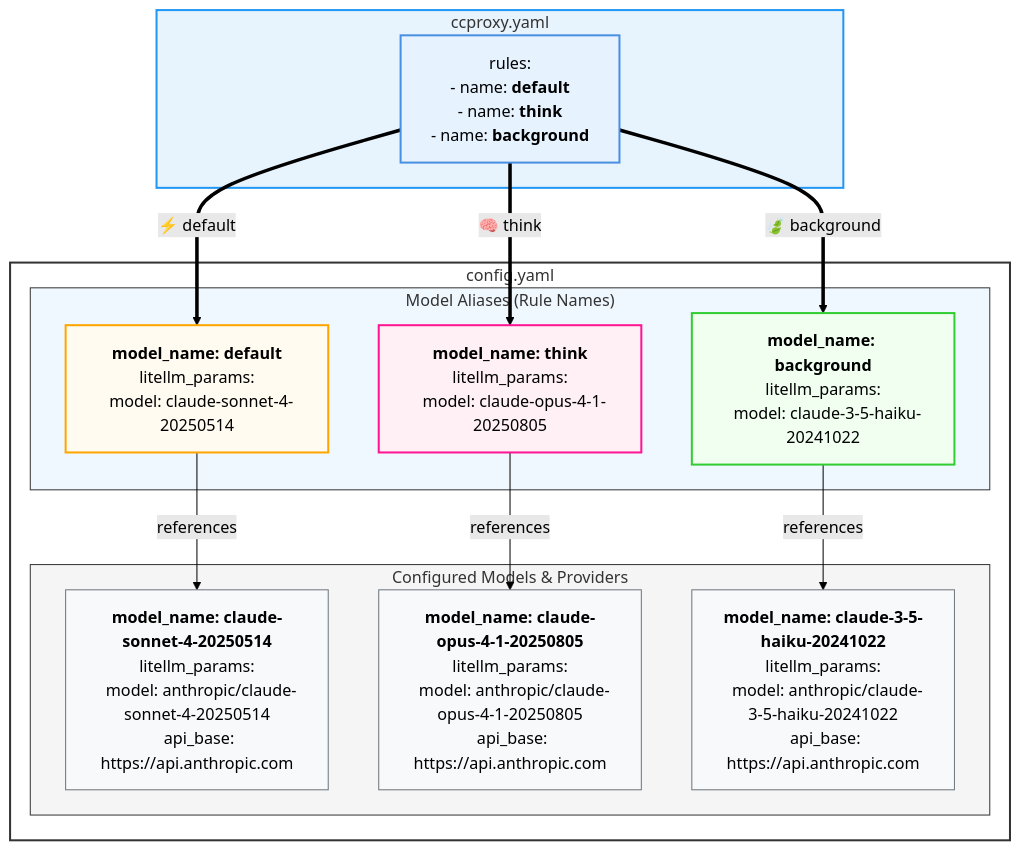
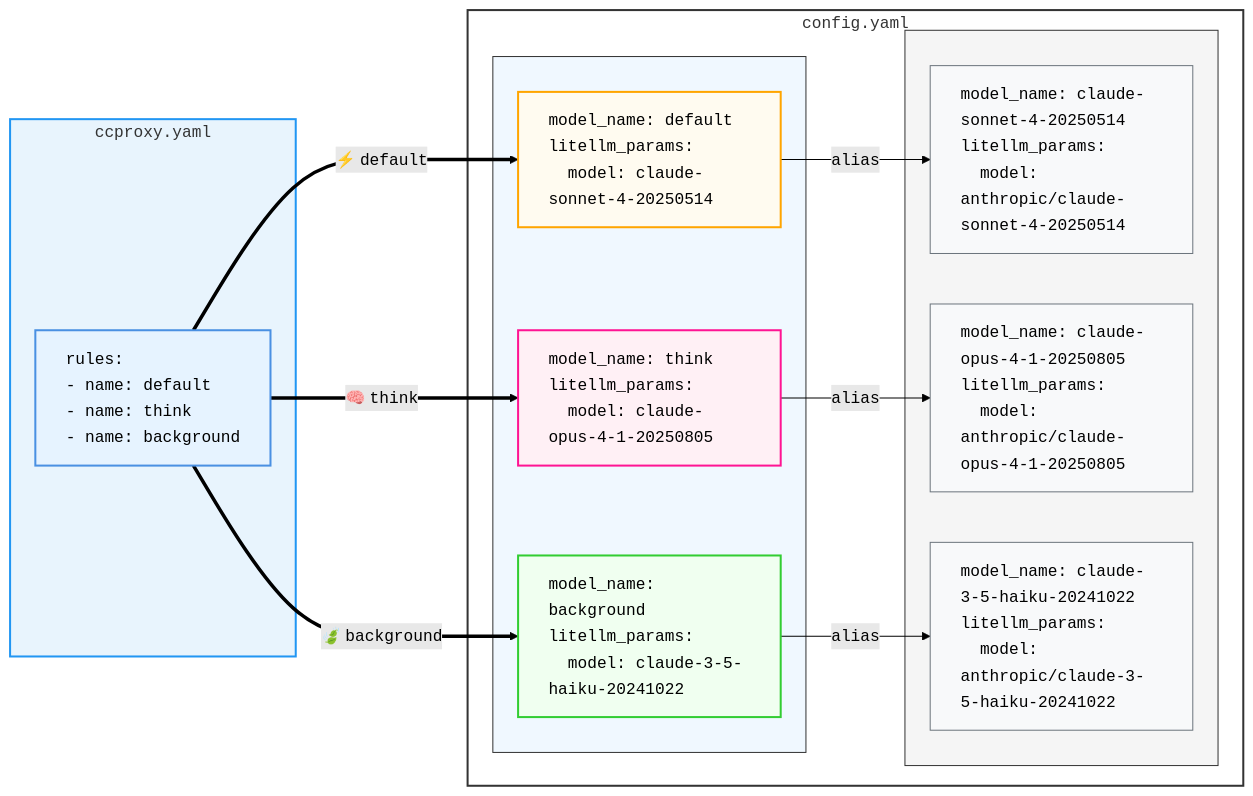
The diagram in README.md (starbased-co/ccproxy), drawn with Mermaid (forest theme) before and after one commit.

Commit message:
redid diagram

````diff
--- a/README.md
+++ b/README.md
@@ -92,43 +92,43 @@
 ```mermaid
-graph TB
-    subgraph ccproxy_yaml["ccproxy.yaml"]
-        R1["rules:<br/>- name: <b>default</b><br/>- name: <b>think</b><br/>- name: <b>background</b>"]
+graph LR
+    subgraph ccproxy_yaml["<code>ccproxy.yaml</code>"]
+        R1["<div style='text-align:left'><code>rules:</code><br/><code>- name: default</code><br/><code>- name: think</code><br/><code>- name: background</code></div>"]
     end
 
-    subgraph config_yaml["config.yaml"]
-        subgraph aliases["Model Aliases (Rule Names)"]
-            A1["<b>model_name: default</b><br/>litellm_params:<br/>  model: claude-sonnet-4-20250514"]
-            A2["<b>model_name: think</b><br/>litellm_params:<br/>  model: claude-opus-4-1-20250805"]
-            A3["<b>model_name: background</b><br/>litellm_params:<br/>  model: claude-3-5-haiku-20241022"]
+    subgraph config_yaml["<code>config.yaml</code>"]
+        subgraph aliases[" "]
+            A1["<div style='text-align:left'><code>model_name: default</code><br/><code>litellm_params:</code><br/><code>&nbsp;&nbsp;model: claude-sonnet-4-20250514</code></div>"]
+            A2["<div style='text-align:left'><code>model_name: think</code><br/><code>litellm_params:</code><br/><code>&nbsp;&nbsp;model: claude-opus-4-1-20250805</code></div>"]
+            A3["<div style='text-align:left'><code>model_name: background</code><br/><code>litellm_params:</code><br/><code>&nbsp;&nbsp;model: claude-3-5-haiku-20241022</code></div>"]
         end
 
-        subgraph models["Configured Models & Providers"]
-            M1["<b>model_name: claude-sonnet-4-20250514</b><br/>litellm_params:<br/>  model: anthropic/claude-sonnet-4-20250514<br/>  api_base: https://api.anthropic.com"]
-            M2["<b>model_name: claude-opus-4-1-20250805</b><br/>litellm_params:<br/>  model: anthropic/claude-opus-4-1-20250805<br/>  api_base: https://api.anthropic.com"]
-            M3["<b>model_name: claude-3-5-haiku-20241022</b><br/>litellm_params:<br/>  model: anthropic/claude-3-5-haiku-20241022<br/>  api_base: https://api.anthropic.com"]
+        subgraph models[" "]
+            M1["<div style='text-align:left'><code>model_name: claude-sonnet-4-20250514</code><br/><code>litellm_params:</code><br/><code>&nbsp;&nbsp;model: anthropic/claude-sonnet-4-20250514</code></div>"]
+            M2["<div style='text-align:left'><code>model_name: claude-opus-4-1-20250805</code><br/><code>litellm_params:</code><br/><code>&nbsp;&nbsp;model: anthropic/claude-opus-4-1-20250805</code></div>"]
+            M3["<div style='text-align:left'><code>model_name: claude-3-5-haiku-20241022</code><br/><code>litellm_params:</code><br/><code>&nbsp;&nbsp;model: anthropic/claude-3-5-haiku-20241022</code></div>"]
         end
     end
 
-    R1 ==>|"⚡ default"| A1
-    R1 ==>|"🧠 think"| A2
-    R1 ==>|"🍃 background"| A3
+    R1 ==>|"⚡ <code>default</code>"| A1
+    R1 ==>|"🧠 <code>think</code>"| A2
+    R1 ==>|"🍃 <code>background</code>"| A3
 
-    A1 -->|references| M1
-    A2 -->|references| M2
-    A3 -->|references| M3
+    A1 -->|"<code>alias</code>"| M1
+    A2 -->|"<code>alias</code>"| M2
+    A3 -->|"<code>alias</code>"| M3
 
     style R1 fill:#e6f3ff,stroke:#4a90e2,stroke-width:2px,color:#000
 
     style A1 fill:#fffbf0,stroke:#ffa500,stroke-width:2px,color:#000
     style A2 fill:#fff0f5,stroke:#ff1493,stroke-width:2px,color:#000
     style A3 fill:#f0fff0,stroke:#32cd32,stroke-width:2px,color:#000
 
     style M1 fill:#f8f9fa,stroke:#6c757d,stroke-width:1px,color:#000
     style M2 fill:#f8f9fa,stroke:#6c757d,stroke-width:1px,color:#000
     style M3 fill:#f8f9fa,stroke:#6c757d,stroke-width:1px,color:#000
 
     style aliases fill:#f0f8ff,stroke:#333,stroke-width:1px
     style models fill:#f5f5f5,stroke:#333,stroke-width:1px
     style ccproxy_yaml fill:#e8f4fd,stroke:#2196F3,stroke-width:2px
     style config_yaml fill:#ffffff,stroke:#333,stroke-width:2px
 ```
````
